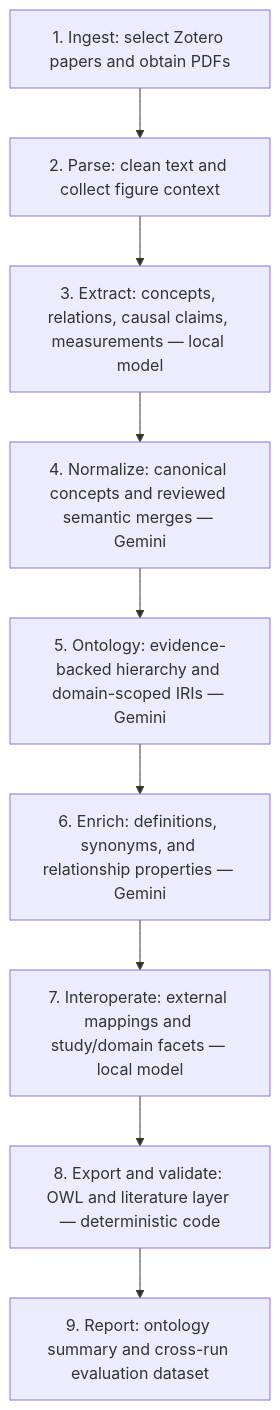
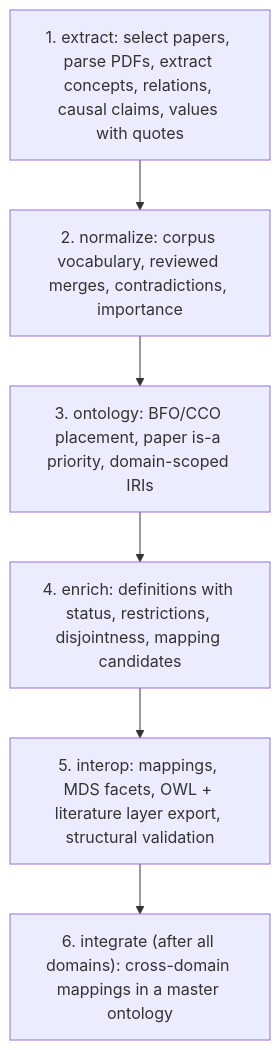
Before and after one commit to ucf-photovoltaics/knowledge_workflow: the diagram in README.md, drawn with Mermaid. The commit also changed other lines of this file and 39 other files, not shown here.

````diff
--- a/README.md
+++ b/README.md
@@ -11,13 +7,10 @@
 ```mermaid
 flowchart TD
-    A["1. Ingest: select Zotero papers and obtain PDFs"]
-    B["2. Parse: clean text and collect figure context"]
-    C["3. Extract: concepts, relations, causal claims, measurements — local model"]
-    D["4. Normalize: canonical concepts and reviewed semantic merges — Gemini"]
-    E["5. Ontology: evidence-backed hierarchy and domain-scoped IRIs — Gemini"]
-    F["6. Enrich: definitions, synonyms, and relationship properties — Gemini"]
-    G["7. Interoperate: external mappings and study/domain facets — local model"]
-    H["8. Export and validate: OWL and literature layer — deterministic code"]
-    I["9. Report: ontology summary and cross-run evaluation dataset"]
-    A --> B --> C --> D --> E --> F --> G --> H --> I
+    A["1. extract: select papers, parse PDFs, extract concepts, relations, causal claims, values with quotes"]
+    B["2. normalize: corpus vocabulary, reviewed merges, contradictions, importance"]
+    C["3. ontology: BFO/CCO placement, paper is-a priority, domain-scoped IRIs"]
+    D["4. enrich: definitions with status, restrictions, disjointness, mapping candidates"]
+    E["5. interop: mappings, MDS facets, OWL + literature layer export, structural validation"]
+    F["6. integrate (after all domains): cross-domain mappings in a master ontology"]
+    A --> B --> C --> D --> E --> F
 ```
````
